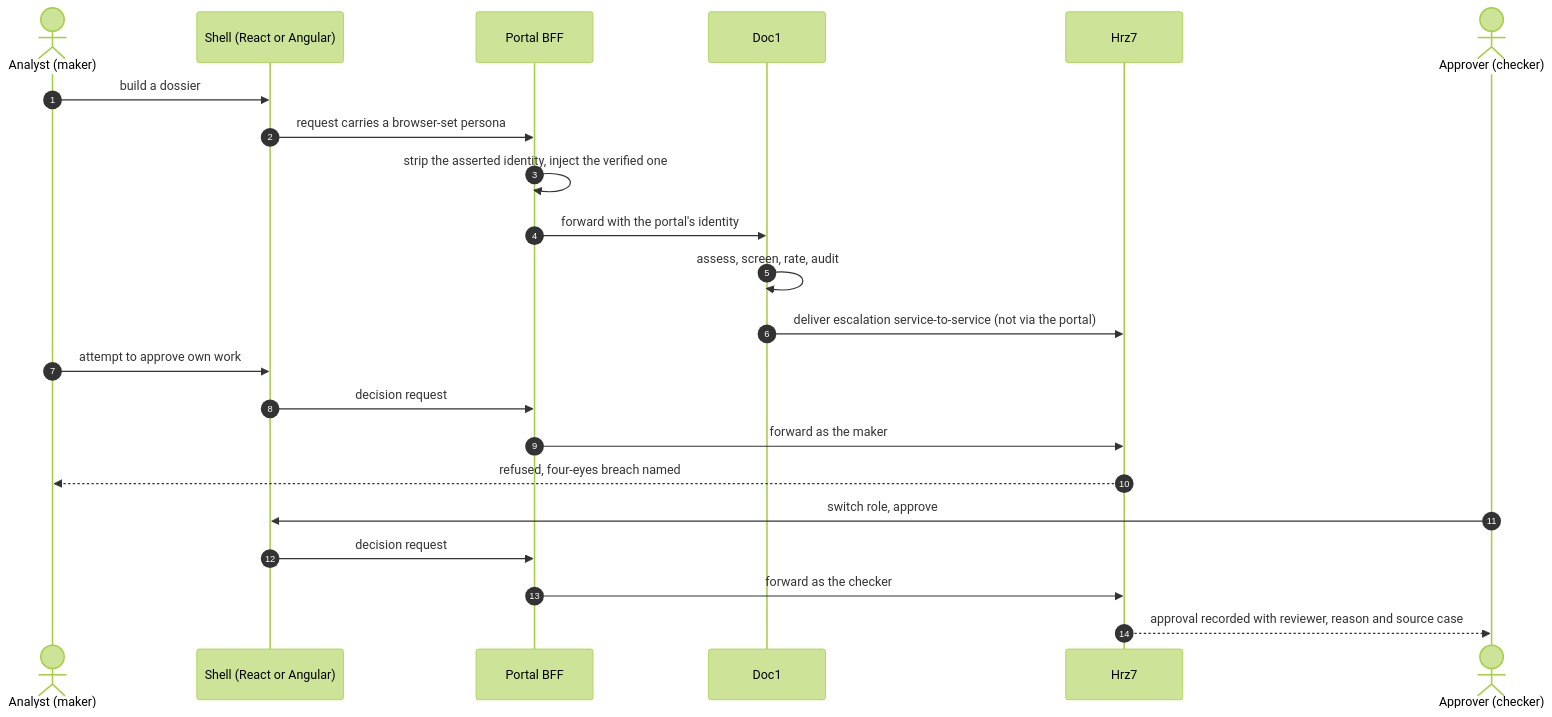
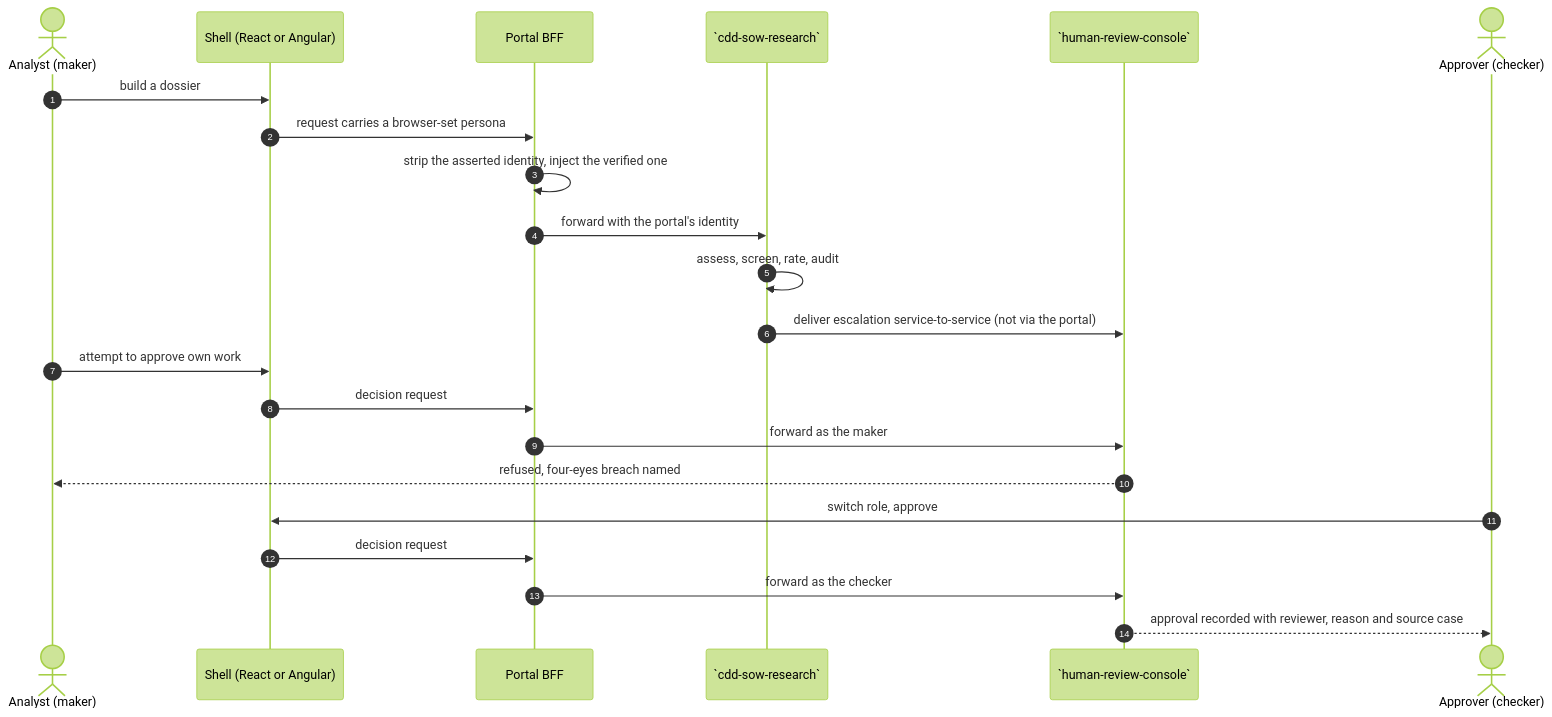
One commit to portable-genai/journey-portal changed the ninth of 10 diagrams in DEMO.md. Above: the diagram before and after it, drawn with Mermaid (forest theme). The commit also changed other lines of this file and 66 other files, not shown here.

````diff
--- a/DEMO.md
+++ b/DEMO.md
@@ -485,25 +485,25 @@
 ```mermaid
 sequenceDiagram
     autonumber
     actor A as Analyst (maker)
     participant SH as Shell (React or Angular)
     participant BFF as Portal BFF
-    participant D1 as Doc1
-    participant H7 as Hrz7
+    participant D1 as `cdd-sow-research`
+    participant H7 as `human-review-console`
     actor P as Approver (checker)
 
     A->>SH: build a dossier
     SH->>BFF: request carries a browser-set persona
     BFF->>BFF: strip the asserted identity, inject the verified one
     BFF->>D1: forward with the portal's identity
     D1->>D1: assess, screen, rate, audit
     D1->>H7: deliver escalation service-to-service (not via the portal)
     A->>SH: attempt to approve own work
     SH->>BFF: decision request
     BFF->>H7: forward as the maker
     H7-->>A: refused, four-eyes breach named
     P->>SH: switch role, approve
     SH->>BFF: decision request
     BFF->>H7: forward as the checker
     H7-->>P: approval recorded with reviewer, reason and source case
 ```
````
